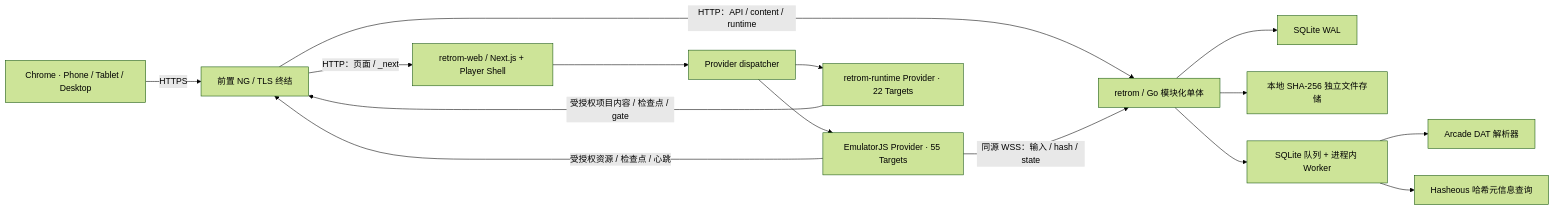
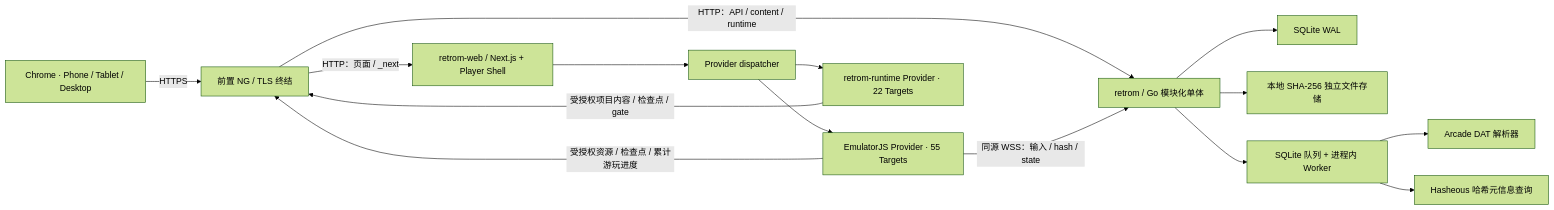
Before and after one commit to retrom-project/retrom: the second of 4 diagrams in docs/retrom-product-architecture.md, drawn with Mermaid (forest theme). The commit also changed 191 other files, not shown here.

```diff
--- a/docs/retrom-product-architecture.md
+++ b/docs/retrom-product-architecture.md
@@ -203,17 +203,17 @@
 ~~~mermaid
 flowchart LR
     U["Chrome · Phone / Tablet / Desktop"] -->|HTTPS| N["前置 NG / TLS 终结"]
     N -->|HTTP：页面 / _next| W["retrom-web / Next.js + Player Shell"]
     N -->|HTTP：API / content / runtime| S["retrom / Go 模块化单体"]
     W --> PD["Provider dispatcher"]
     PD --> EP["EmulatorJS Provider · 55 Targets"]
     PD --> RP["retrom-runtime Provider · 22 Targets"]
     S --> D["SQLite WAL"]
     S --> B["本地 SHA-256 独立文件存储"]
     S --> J["SQLite 队列 + 进程内 Worker"]
     J --> A["Arcade DAT 解析器"]
     J --> H["Hasheous 哈希元信息查询"]
-    EP -->|受授权资源 / 检查点 / 心跳| N
+    EP -->|受授权资源 / 检查点 / 累计游玩进度| N
     RP -->|受授权项目内容 / 检查点 / gate| N
     EP -->|同源 WSS：输入 / hash / state| S
 ~~~
```
